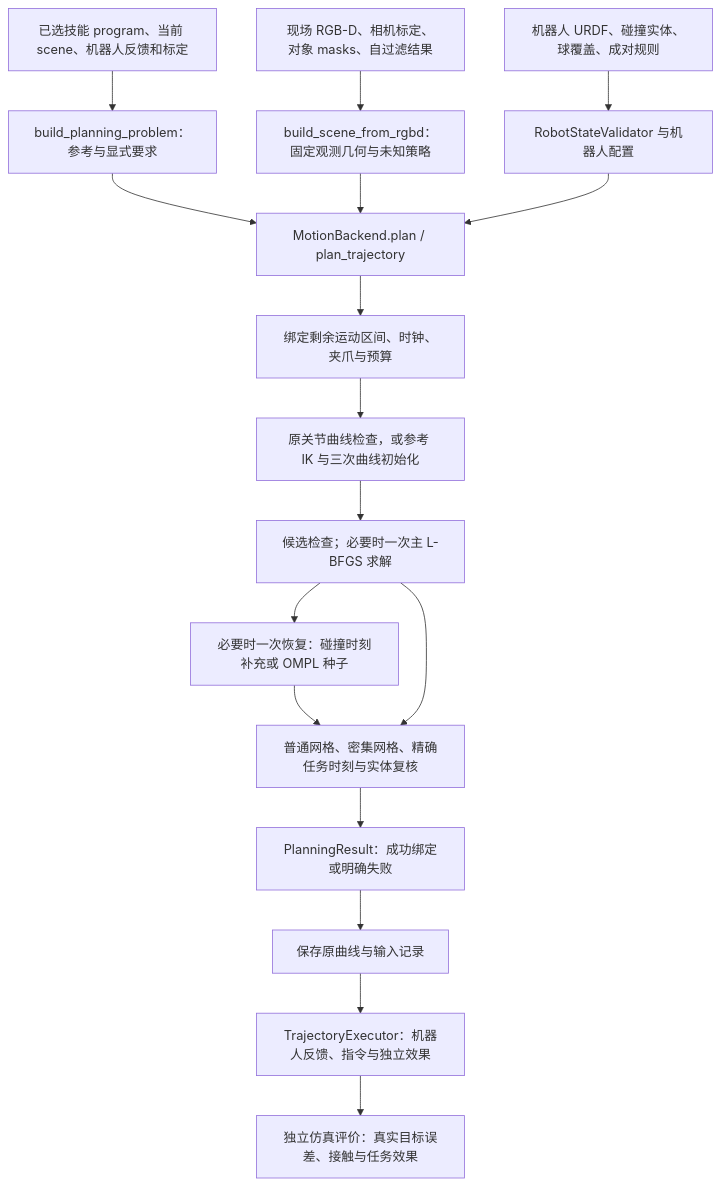
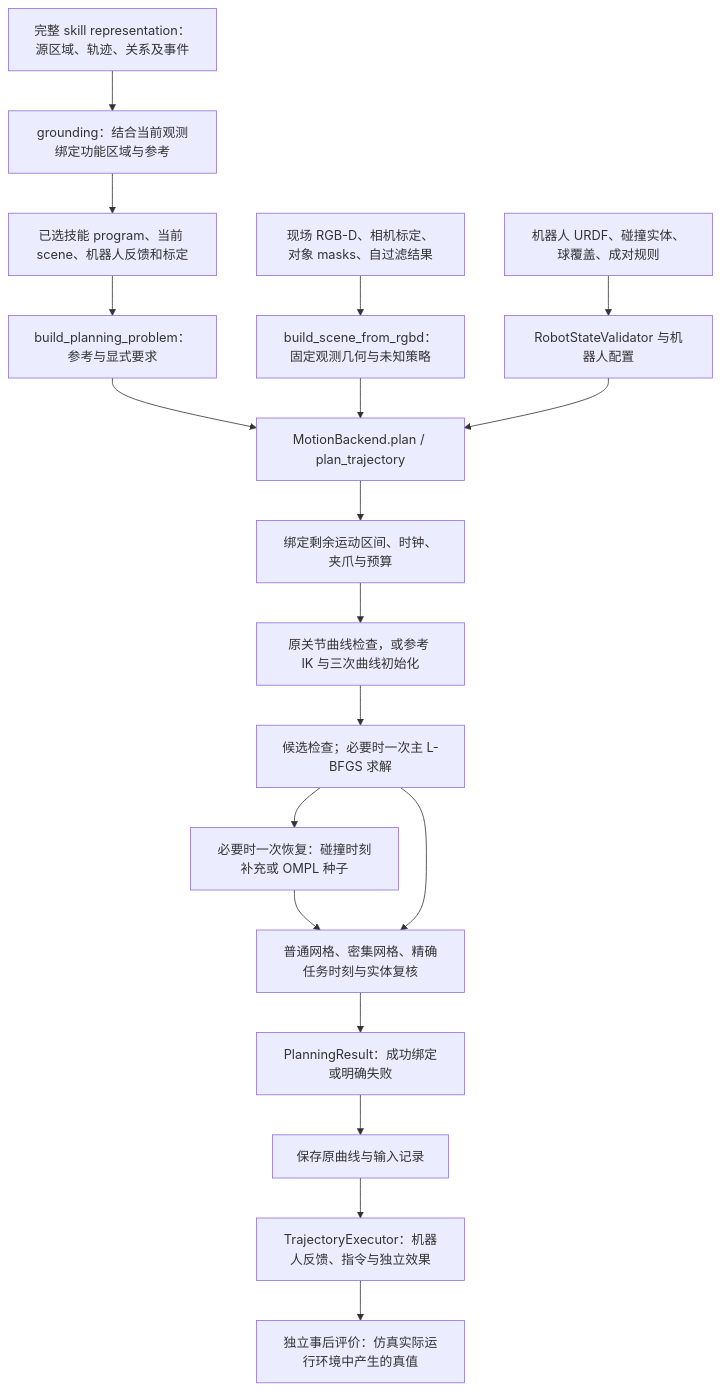
The diagram in PLANNER_ARCHITECTURE.md (illusionaryshelter/FUNCTO_public), drawn with Mermaid before and after one commit. The commit also changed other lines of this file and 7 other files, not shown here.

Commit message:
Record planner architecture and observation geometry baseline

````diff
--- a/PLANNER_ARCHITECTURE.md
+++ b/PLANNER_ARCHITECTURE.md
@@ -37,19 +40,21 @@
 ```mermaid
 flowchart TD
-    A["已选技能 program、当前 scene、机器人反馈和标定"] --> B["build_planning_problem：参考与显式要求"]
+    S["完整 skill representation：源区域、轨迹、关系及事件"] --> R["grounding：结合当前观测绑定功能区域与参考"]
+    R --> A["已选技能 program、当前 scene、机器人反馈和标定"]
+    A --> B["build_planning_problem：参考与显式要求"]
     C["现场 RGB-D、相机标定、对象 masks、自过滤结果"] --> D["build_scene_from_rgbd：固定观测几何与未知策略"]
     E["机器人 URDF、碰撞实体、球覆盖、成对规则"] --> F["RobotStateValidator 与机器人配置"]
     B --> G["MotionBackend.plan / plan_trajectory"]
     D --> G
     F --> G
     G --> H["绑定剩余运动区间、时钟、夹爪与预算"]
     H --> I["原关节曲线检查，或参考 IK 与三次曲线初始化"]
     I --> J["候选检查；必要时一次主 L-BFGS 求解"]
     J --> K["必要时一次恢复：碰撞时刻补充或 OMPL 种子"]
     K --> L["普通网格、密集网格、精确任务时刻与实体复核"]
     J --> L
     L --> M["PlanningResult：成功绑定或明确失败"]
     M --> N["保存原曲线与输入记录"]
     N --> O["TrajectoryExecutor：机器人反馈、指令与独立效果"]
-    O --> P["独立仿真评价：真实目标误差、接触与任务效果"]
+    O --> P["独立事后评价：仿真实际运行环境中产生的真值"]
 ```
````
